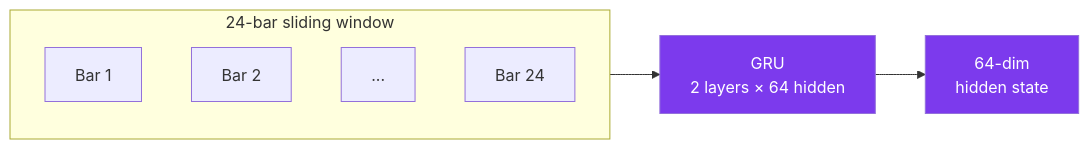
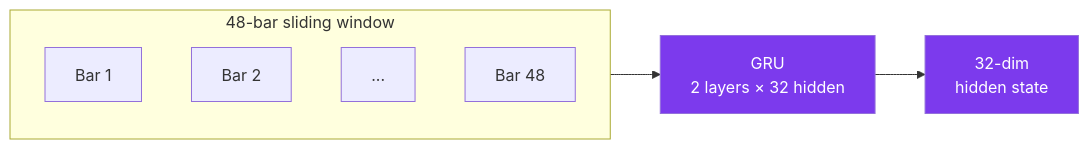
One commit to ultimateBroK/thesis-hybrid-stacking changed the third of 7 diagrams in docs/ARCHITECTURE.md. Above: the diagram before and after it, drawn with Mermaid. The commit also changed other lines of this file and 25 other files, not shown here.

````diff
--- a/docs/ARCHITECTURE.md
+++ b/docs/ARCHITECTURE.md
@@ -87,15 +87,15 @@
 ```mermaid
 flowchart LR
-    subgraph Input["24-bar sliding window"]
+    subgraph Input["48-bar sliding window"]
         B1["Bar 1"]
         B2["Bar 2"]
         BD["..."]
-        B24["Bar 24"]
+        B48["Bar 48"]
     end
 
-    Input --> GRU["GRU<br/>2 layers × 64 hidden"]
-    GRU --> HS["64-dim<br/>hidden state"]
+    Input --> GRU["GRU<br/>2 layers × 32 hidden"]
+    GRU --> HS["32-dim<br/>hidden state"]
 
     style GRU fill:#7C3AED,color:#fff
     style HS fill:#7C3AED,color:#fff
 ```
````
